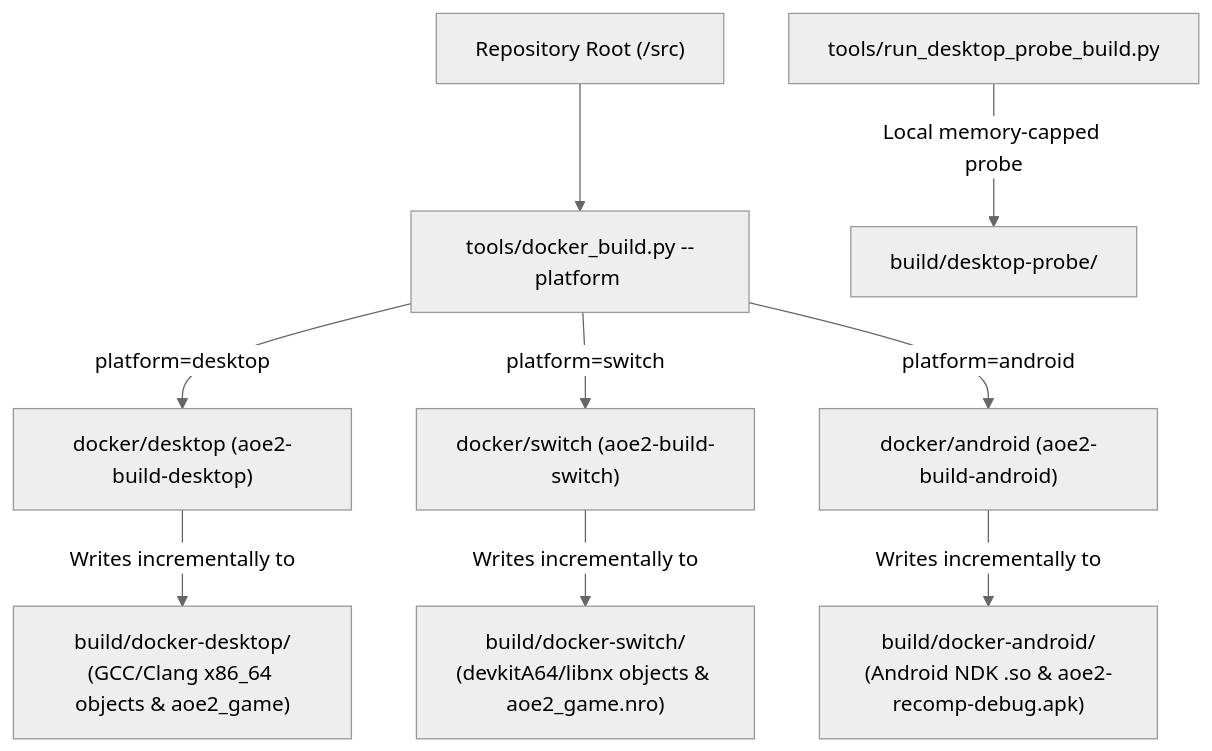
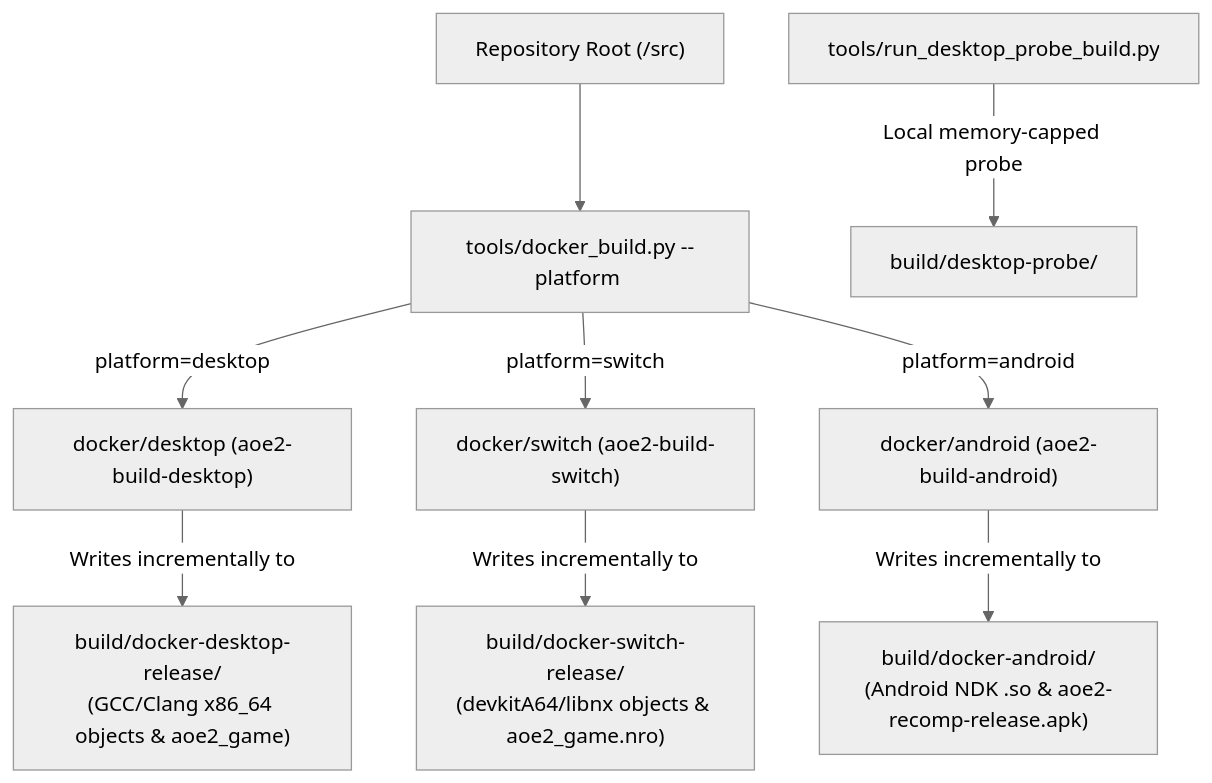
The diagram in docs/multiplatform-build-isolation.md (samuelcaldas/aoe2-ps2-recomp), drawn with Mermaid (neutral theme) before and after one commit. The commit also changed other lines of this file, not shown here.

Commit message:
fix(docs): update Android APK output naming to reflect release variant

````diff
--- a/docs/multiplatform-build-isolation.md
+++ b/docs/multiplatform-build-isolation.md
@@ -28,14 +28,14 @@
 ```mermaid
 flowchart TD
     SRC["Repository Root (/src)"] --> RUNNER["tools/docker_build.py --platform <target>"]
     
     RUNNER -->|"platform=desktop"| D_DKR["docker/desktop (aoe2-build-desktop)"]
     RUNNER -->|"platform=switch"| S_DKR["docker/switch (aoe2-build-switch)"]
     RUNNER -->|"platform=android"| A_DKR["docker/android (aoe2-build-android)"]
     
-    D_DKR -->|"Writes incrementally to"| OUT_DESKTOP["build/docker-desktop/<br/>(GCC/Clang x86_64 objects & aoe2_game)"]
-    S_DKR -->|"Writes incrementally to"| OUT_SWITCH["build/docker-switch/<br/>(devkitA64/libnx objects & aoe2_game.nro)"]
-    A_DKR -->|"Writes incrementally to"| OUT_ANDROID["build/docker-android/<br/>(Android NDK .so & aoe2-recomp-debug.apk)"]
+    D_DKR -->|"Writes incrementally to"| OUT_DESKTOP["build/docker-desktop-release/<br/>(GCC/Clang x86_64 objects & aoe2_game)"]
+    S_DKR -->|"Writes incrementally to"| OUT_SWITCH["build/docker-switch-release/<br/>(devkitA64/libnx objects & aoe2_game.nro)"]
+    A_DKR -->|"Writes incrementally to"| OUT_ANDROID["build/docker-android/<br/>(Android NDK .so & aoe2-recomp-release.apk)"]
 
     HOST_PROBE["tools/run_desktop_probe_build.py"] -->|"Local memory-capped probe"| OUT_PROBE["build/desktop-probe/"]
 ```
````
